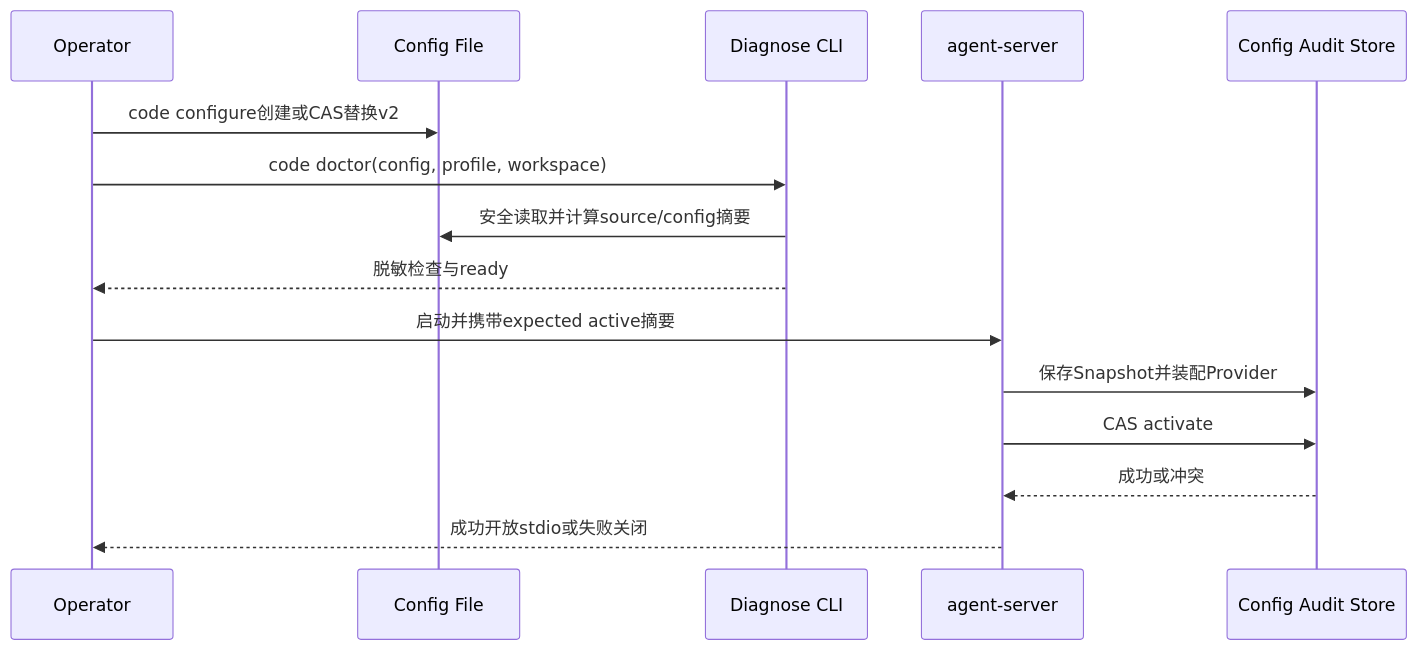
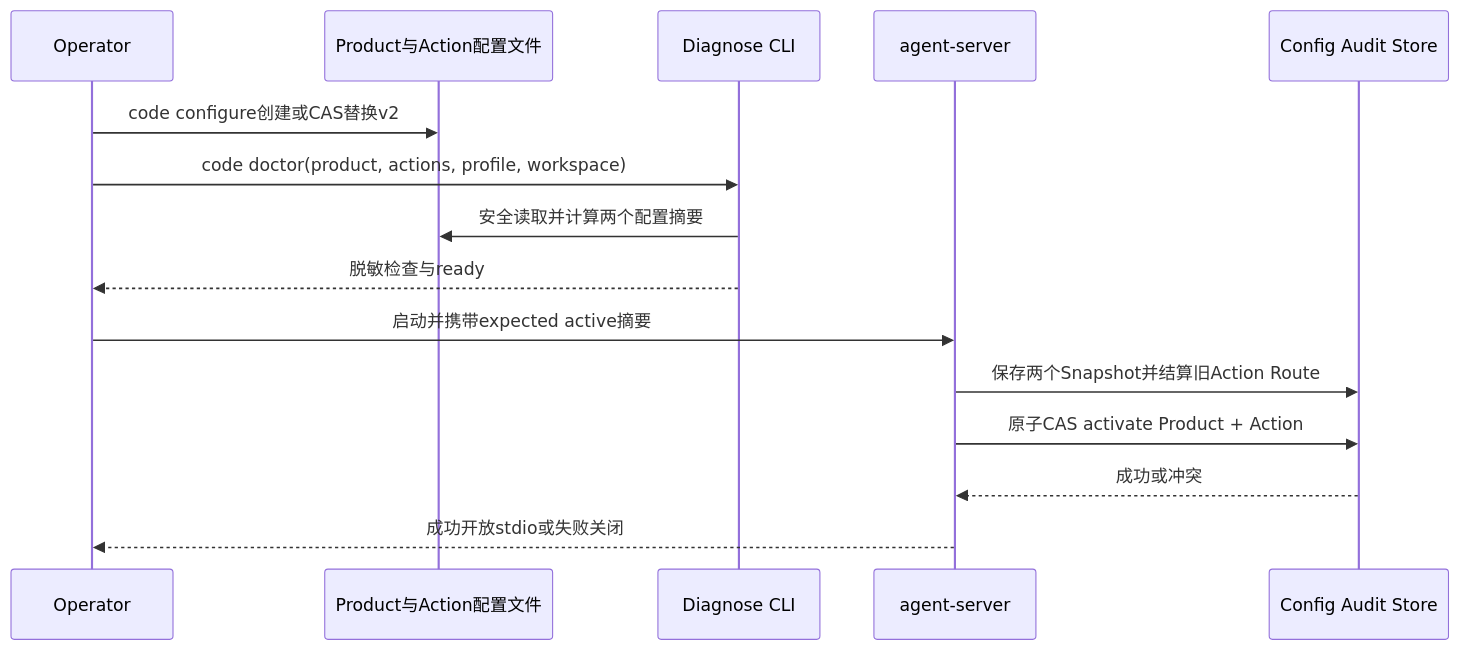
The second of 2 diagrams in docs/operations/configuration.md (carrie1988/Harnessix), drawn with Mermaid before and after one commit. The commit also changed other lines of this file and 47 other files, not shown here.

````diff
--- a/docs/operations/configuration.md
+++ b/docs/operations/configuration.md
@@ -237,17 +284,17 @@
 ```mermaid
 sequenceDiagram
     participant O as Operator
-    participant F as Config File
+    participant F as Product与Action配置文件
     participant D as Diagnose CLI
     participant S as agent-server
     participant A as Config Audit Store
     O->>F: code configure创建或CAS替换v2
-    O->>D: code doctor(config, profile, workspace)
-    D->>F: 安全读取并计算source/config摘要
+    O->>D: code doctor(product, actions, profile, workspace)
+    D->>F: 安全读取并计算两个配置摘要
     D-->>O: 脱敏检查与ready
     O->>S: 启动并携带expected active摘要
-    S->>A: 保存Snapshot并装配Provider
-    S->>A: CAS activate
+    S->>A: 保存两个Snapshot并结算旧Action Route
+    S->>A: 原子CAS activate Product + Action
     A-->>S: 成功或冲突
     S-->>O: 成功开放stdio或失败关闭
 ```
````
